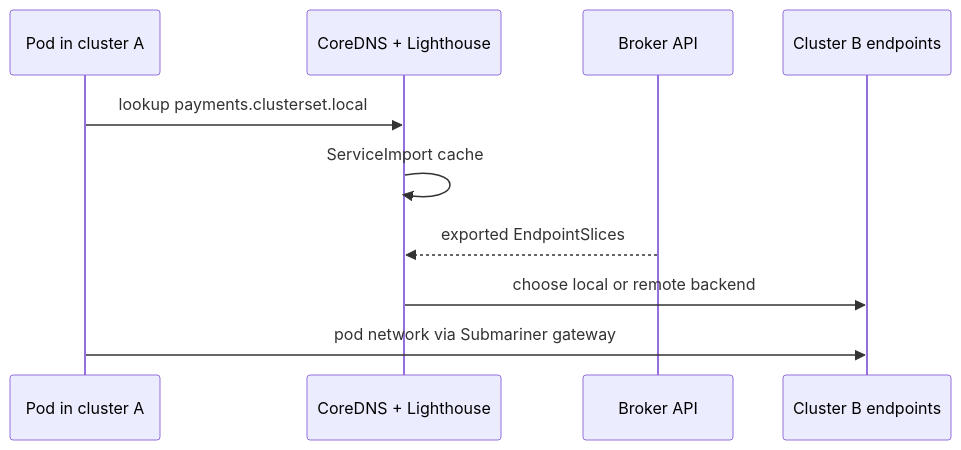
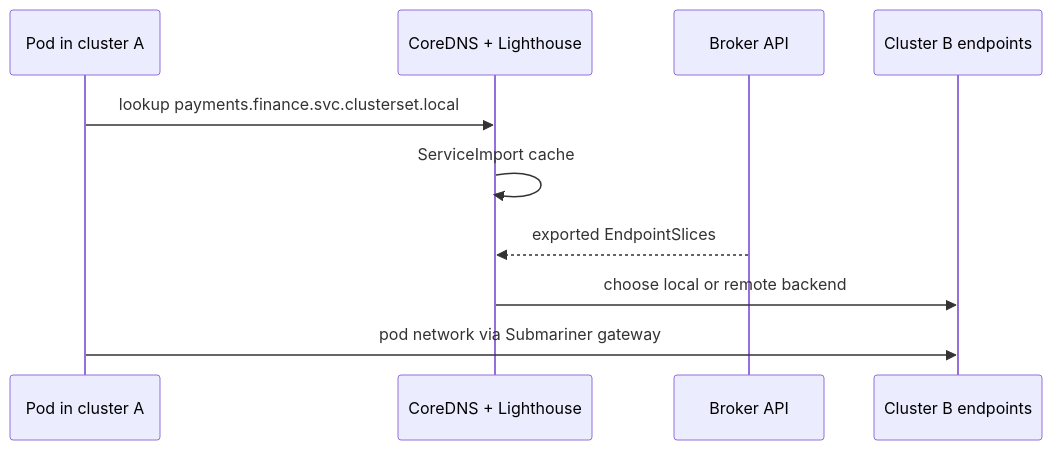
Before and after one commit to kube-dojo/kube-dojo: the third of 3 diagrams in src/content/docs/on-premises/multi-cluster/module-5.5-active-active-multi-site.md, drawn with Mermaid. The commit also changed other lines of this file and 6 other files, not shown here.

````diff
--- a/src/content/docs/on-premises/multi-cluster/module-5.5-active-active-multi-site.md
+++ b/src/content/docs/on-premises/multi-cluster/module-5.5-active-active-multi-site.md
@@ -232,12 +231,12 @@
 ```mermaid
 sequenceDiagram
     participant PodA as Pod in cluster A
     participant DNS as CoreDNS + Lighthouse
     participant Broker as Broker API
     participant ClusterB as Cluster B endpoints
-    PodA->>DNS: lookup payments.clusterset.local
+    PodA->>DNS: lookup payments.finance.svc.clusterset.local
     DNS->>DNS: ServiceImport cache
     Broker-->>DNS: exported EndpointSlices
     DNS->>ClusterB: choose local or remote backend
     PodA->>ClusterB: pod network via Submariner gateway
 ```
````
